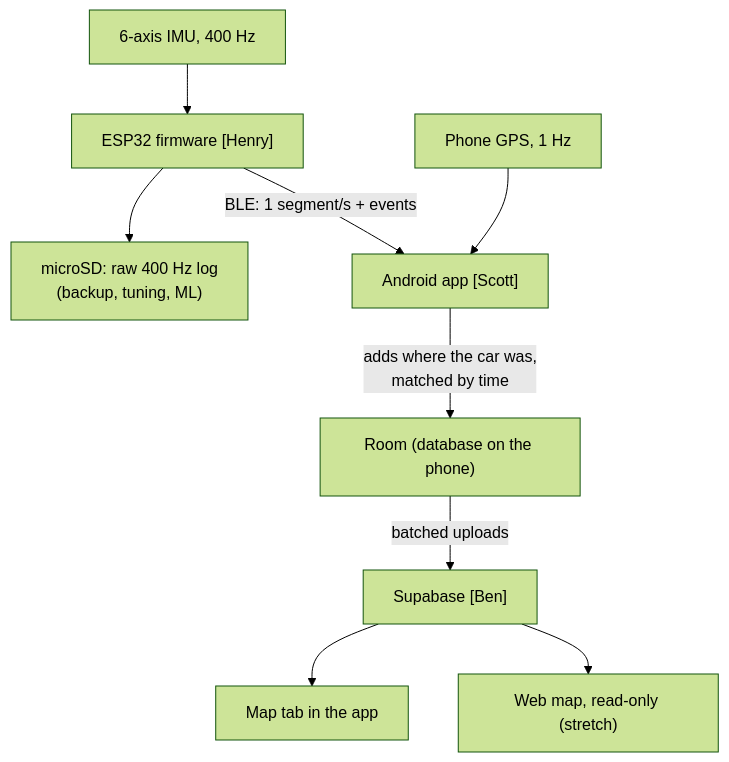
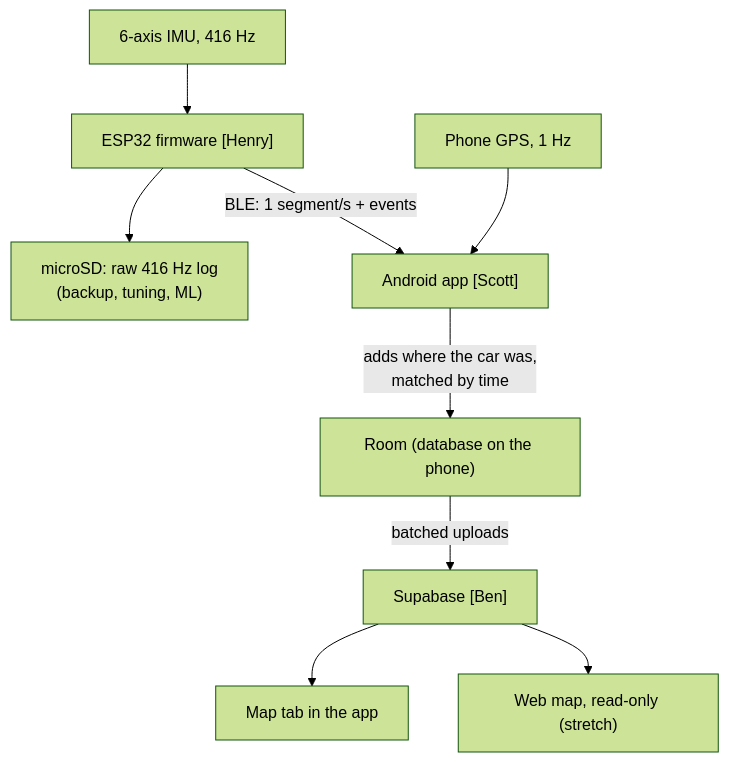
The diagram in docs/data-contract.md (henryqla/ee475aut26team5), drawn with Mermaid (forest theme) before and after one commit. The commit also changed other lines of this file, not shown here.

First line of the commit message:
Data contract: apply Henry's firmware change requests CR-1 to CR-6

````diff
--- a/docs/data-contract.md
+++ b/docs/data-contract.md
@@ -12,11 +12,11 @@
 ```mermaid
 flowchart TD
-    IMU["6-axis IMU, 400 Hz"] --> FW["ESP32 firmware [Henry]"]
-    FW --> SD["microSD: raw 400 Hz log<br/>(backup, tuning, ML)"]
+    IMU["6-axis IMU, 416 Hz"] --> FW["ESP32 firmware [Henry]"]
+    FW --> SD["microSD: raw 416 Hz log<br/>(backup, tuning, ML)"]
     FW -->|"BLE: 1 segment/s + events"| APP["Android app [Scott]"]
     GPS["Phone GPS, 1 Hz"] --> APP
     APP -->|"adds where the car was,<br/>matched by time"| ROOM["Room (database on the phone)"]
     ROOM -->|"batched uploads"| SB["Supabase [Ben]"]
     SB --> MAP["Map tab in the app"]
     SB --> WEB["Web map, read-only (stretch)"]
 ```
````
